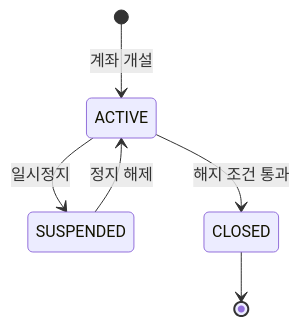
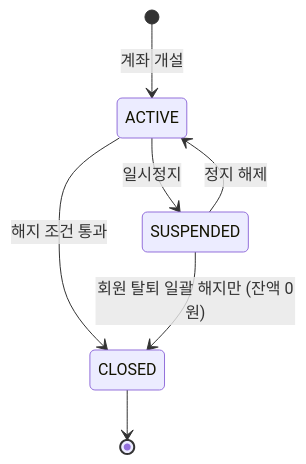
The sixth of 8 diagrams in docs/회원_계좌기능_기획서.md (yellowgreenbean/midproject_ai_agent), drawn with Mermaid before and after one commit. The commit also changed other lines of this file and 6 other files, not shown here.

````diff
--- a/docs/회원_계좌기능_기획서.md
+++ b/docs/회원_계좌기능_기획서.md
@@ -1574,8 +1585,9 @@
 ```mermaid
 stateDiagram-v2
     [*] --> ACTIVE: 계좌 개설
     ACTIVE --> SUSPENDED: 일시정지
     SUSPENDED --> ACTIVE: 정지 해제
     ACTIVE --> CLOSED: 해지 조건 통과
+    SUSPENDED --> CLOSED: 회원 탈퇴 일괄 해지만 (잔액 0원)
     CLOSED --> [*]
 ```
````
